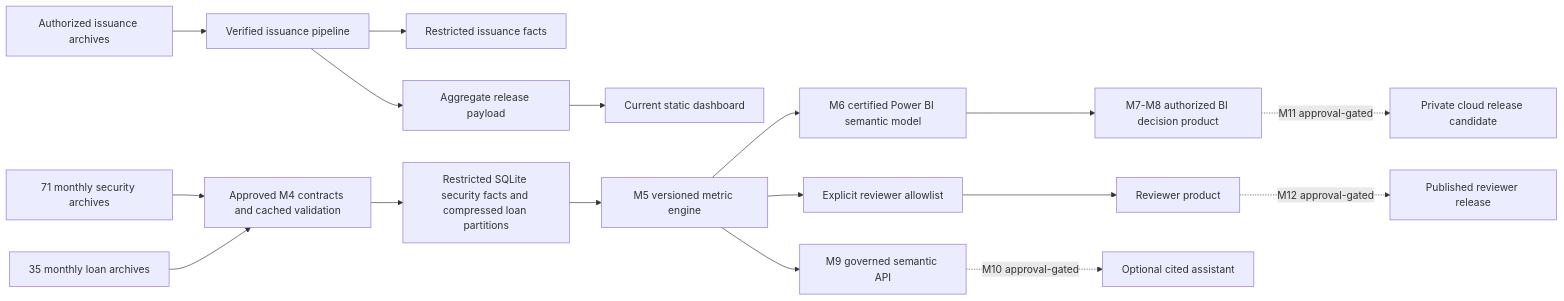
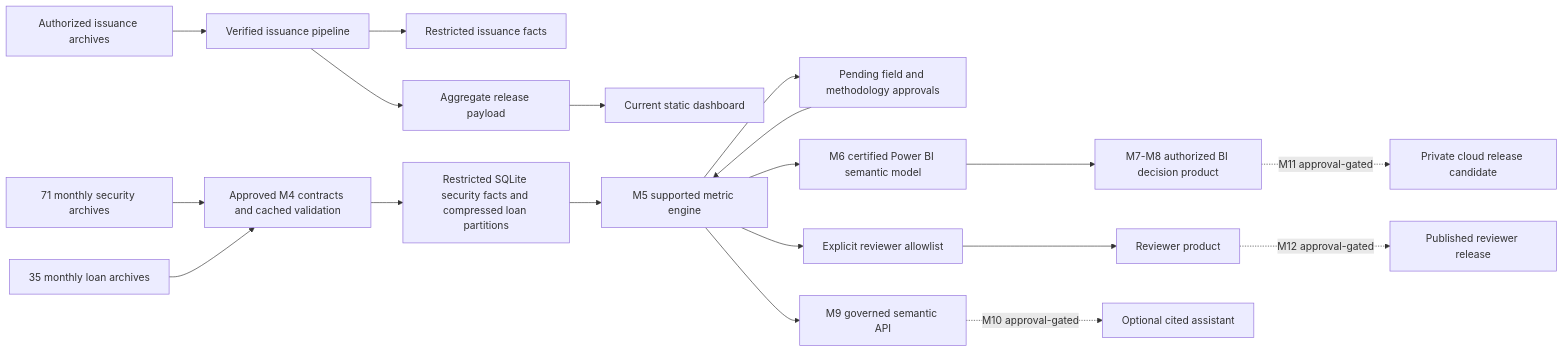
One commit to vaibhavkhuranaaa/freddie-mac-mbs-disclosure-analytics changed the diagram in architecture/system.mmd. Above: the diagram before and after it, drawn with Mermaid. The commit also changed 32 other files, not shown here.

Commit message:
feat: add governed M5 metric engine

```diff
--- a/architecture/system.mmd
+++ b/architecture/system.mmd
@@ -1,17 +1,19 @@
 flowchart LR
   A[Authorized issuance archives] --> B[Verified issuance pipeline]
   B --> C[Restricted issuance facts]
   B --> D[Aggregate release payload]
   D --> E[Current static dashboard]
   F[71 monthly security archives] --> G[Approved M4 contracts and cached validation]
   H[35 monthly loan archives] --> G
   G --> I[Restricted SQLite security facts and compressed loan partitions]
-  I --> J[M5 versioned metric engine]
+  I --> J[M5 supported metric engine]
+  J --> S[Pending field and methodology approvals]
+  S --> J
   J --> K[M6 certified Power BI semantic model]
   K --> L[M7-M8 authorized BI decision product]
   J --> M[Explicit reviewer allowlist]
   M --> N[Reviewer product]
   J --> O[M9 governed semantic API]
   O -. M10 approval-gated .-> P[Optional cited assistant]
   L -. M11 approval-gated .-> Q[Private cloud release candidate]
   N -. M12 approval-gated .-> R[Published reviewer release]
```
